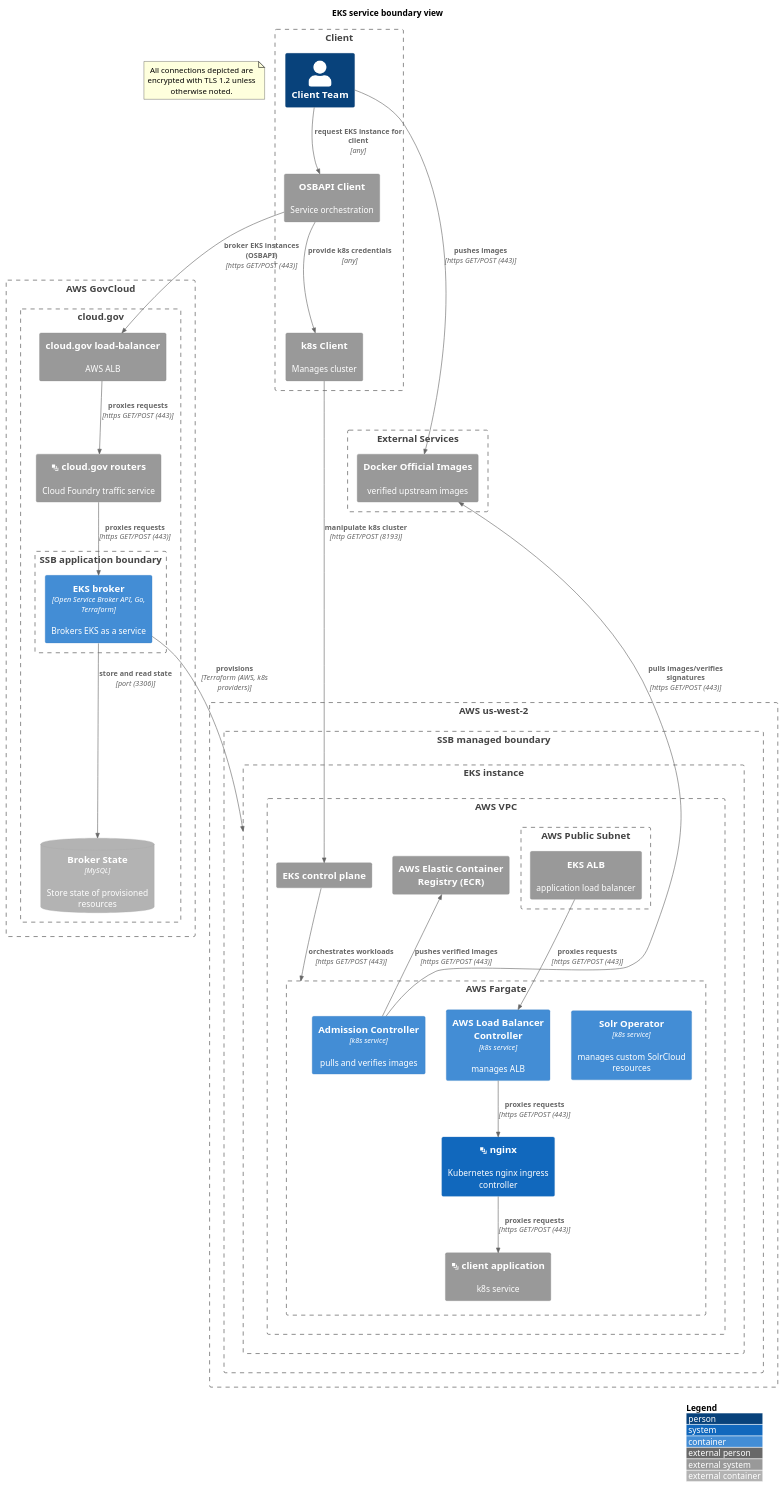
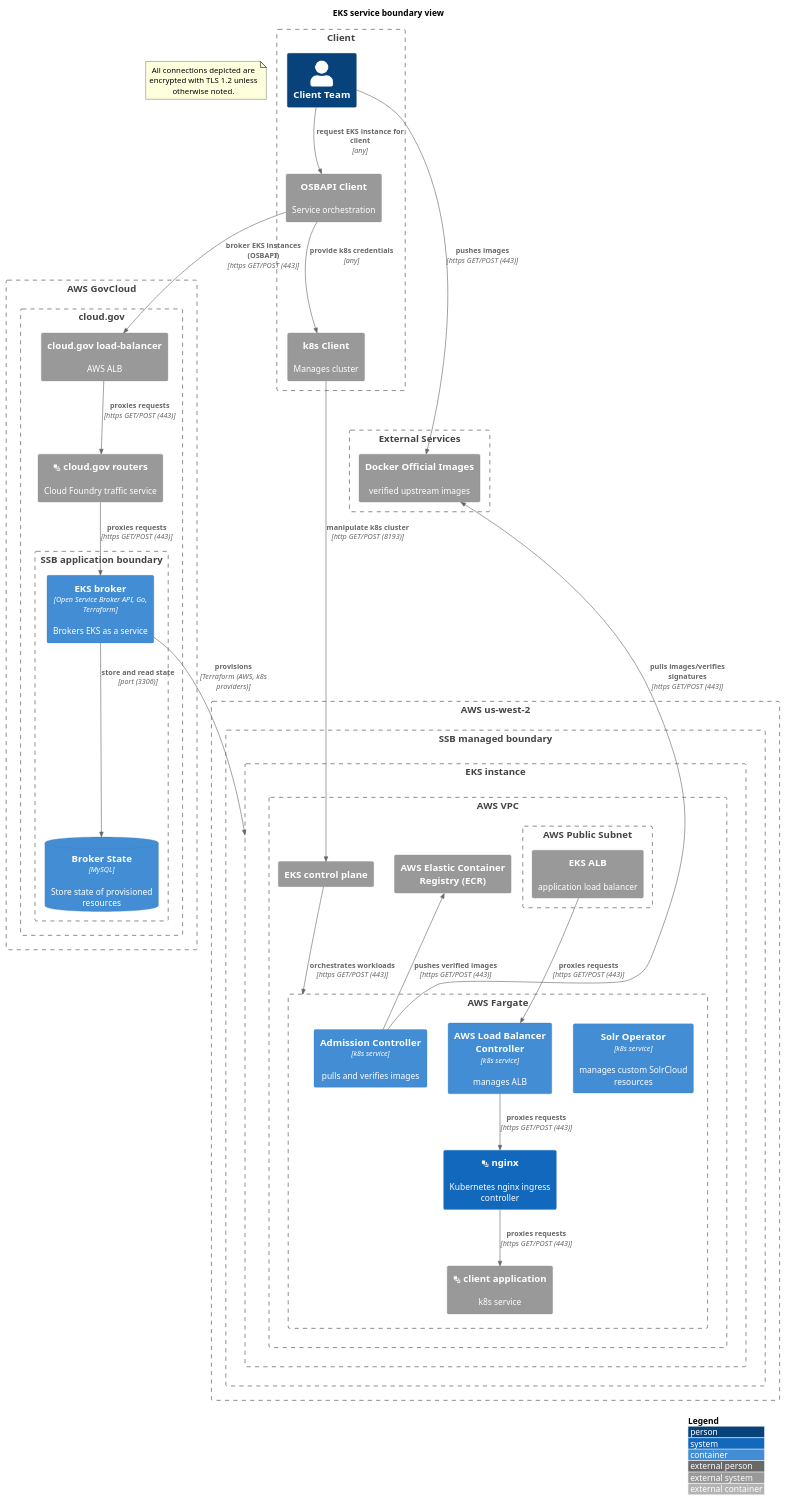
Before and after one commit to GSA/datagov-compliance: the second of 3 diagrams in ssb-service-scratchpad.md, drawn with PlantUML.

Commit message:
Move application DB in boundary with the application

````diff
--- a/ssb-service-scratchpad.md
+++ b/ssb-service-scratchpad.md
@@ -27,69 +27,69 @@
 ```plantuml
 @startuml
 !include https://raw.githubusercontent.com/plantuml-stdlib/C4-PlantUML/master/C4_Container.puml
 ' uncomment the following line and comment the first to use locally
 ' !include C4_Container.puml
 LAYOUT_WITH_LEGEND()
 title EKS service boundary view
 Boundary(client, "Client") {
   Person(client_team, "Client Team")
   System_Ext(osbapi_client, "OSBAPI Client", "Service orchestration")
   System_Ext(k8s_client, "k8s Client", "Manages cluster")
   Rel(osbapi_client, k8s_client, "provide k8s credentials", "any")
   Rel(client_team, osbapi_client, "request EKS instance for client", "any")
 }
 Boundary(external_services, "External Services") {
   System_Ext(docker_official_images, "Docker Official Images", "verified upstream images")
 }
 note as EncryptionNote
   All connections depicted are encrypted with TLS 1.2 unless otherwise noted.
 end note
 Boundary(aws_west, "AWS us-west-2") {
   Boundary(iaas, "SSB managed boundary") {
     Boundary(eks_instance, "EKS instance") {
       Boundary(vpc, "AWS VPC") {
         System_Ext(aws_eks, "EKS control plane")
         System_Ext(aws_ecr, "AWS Elastic Container Registry (ECR)")
         Boundary(aws_fargate, "AWS Fargate") {
           Container(solr_operator, "Solr Operator", "k8s service", "manages custom SolrCloud resources")
           Container(admission_controller, "Admission Controller", "k8s service", "pulls and verifies images")
           Container(alb_ingress, "AWS Load Balancer Controller", "k8s service", "manages ALB")
           System(sys_eks_nginx_ingress, "<&layers> nginx", "Kubernetes nginx ingress controller")
           System_Ext(client_app, "<&layers> client application", "k8s service")    
         }
         Boundary(aws_public_subnet, "AWS Public Subnet") {
           System_Ext(aws_eks_alb, "EKS ALB", "application load balancer")
         }
       }
     }
   }
 }
 Boundary(aws_govcloud, "AWS GovCloud") {
   Boundary(cloudgov, "cloud.gov") {
       System_Ext(aws_cg_alb, "cloud.gov load-balancer", "AWS ALB")
       System_Ext(cloudgov_router, "<&layers> cloud.gov routers", "Cloud Foundry traffic service")
       Boundary(atob, "SSB application boundary") {
         Container(eks_app, "EKS broker", "Open Service Broker API, Go, Terraform", "Brokers EKS as a service")
+      	ContainerDb(eks_app_db, "Broker State", "MySQL", "Store state of provisioned resources")
       }
-	ContainerDb_Ext(eks_app_db, "Broker State", "MySQL", "Store state of provisioned resources")
     }
 }
 Rel(eks_app, eks_instance, "provisions", "Terraform (AWS, k8s providers)")
 Rel(osbapi_client, aws_cg_alb, "broker EKS instances (OSBAPI)", "https GET/POST (443)")
 Rel(aws_cg_alb, cloudgov_router, "proxies requests", "https GET/POST (443)")
 Rel(cloudgov_router, eks_app, "proxies requests", "https GET/POST (443)")
 Rel(eks_app, eks_app_db, "store and read state", "port (3306)")
 Rel(k8s_client, aws_eks, "manipulate k8s cluster", "http GET/POST (8193)")
 Rel(aws_eks_alb, alb_ingress, "proxies requests", "https GET/POST (443)")
 Rel(alb_ingress, sys_eks_nginx_ingress, "proxies requests", "https GET/POST (443)")
 Rel(sys_eks_nginx_ingress, client_app, "proxies requests", "https GET/POST (443)")
 Rel(aws_eks, aws_fargate, "orchestrates workloads", "https GET/POST (443)")
 Rel_Up(admission_controller, docker_official_images, "pulls images/verifies signatures", "https GET/POST (443)")
 Rel(client_team, docker_official_images, "pushes images", "https GET/POST (443)")
 Rel_Up(admission_controller, aws_ecr, "pushes verified images", "https GET/POST (443)")
 
 ' The following hidden line constrains the "External Services" boundary below the "Client" boundary, narrowing the 
 ' diagram
 k8s_client -[hidden]- docker_official_images
 @enduml
 ```
````
